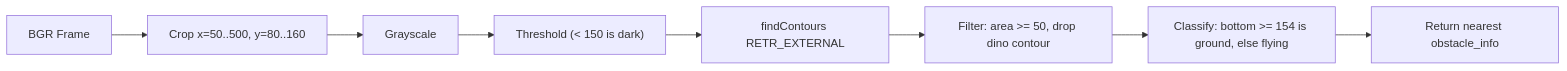
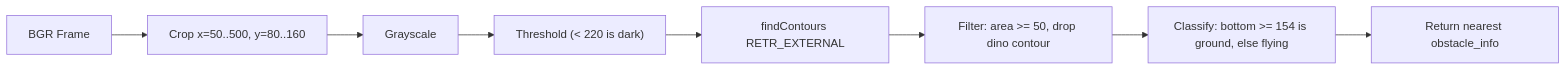
Before and after one commit to Vihaan8/ai_chrome_dino: the third of 3 diagrams in README.md, drawn with Mermaid. The commit also changed other lines of this file and 9 other files, not shown here.

````diff
--- a/README.md
+++ b/README.md
@@ -134,10 +136,10 @@
 ```mermaid
 flowchart LR
     F["BGR Frame"] --> CR["Crop x=50..500, y=80..160"]
     CR --> GR["Grayscale"]
-    GR --> T["Threshold (< 150 is dark)"]
+    GR --> T["Threshold (< 220 is dark)"]
     T --> CN["findContours RETR_EXTERNAL"]
     CN --> FL["Filter: area >= 50, drop dino contour"]
     FL --> CL["Classify: bottom >= 154 is ground, else flying"]
     CL --> N["Return nearest obstacle_info"]
 ```
````
